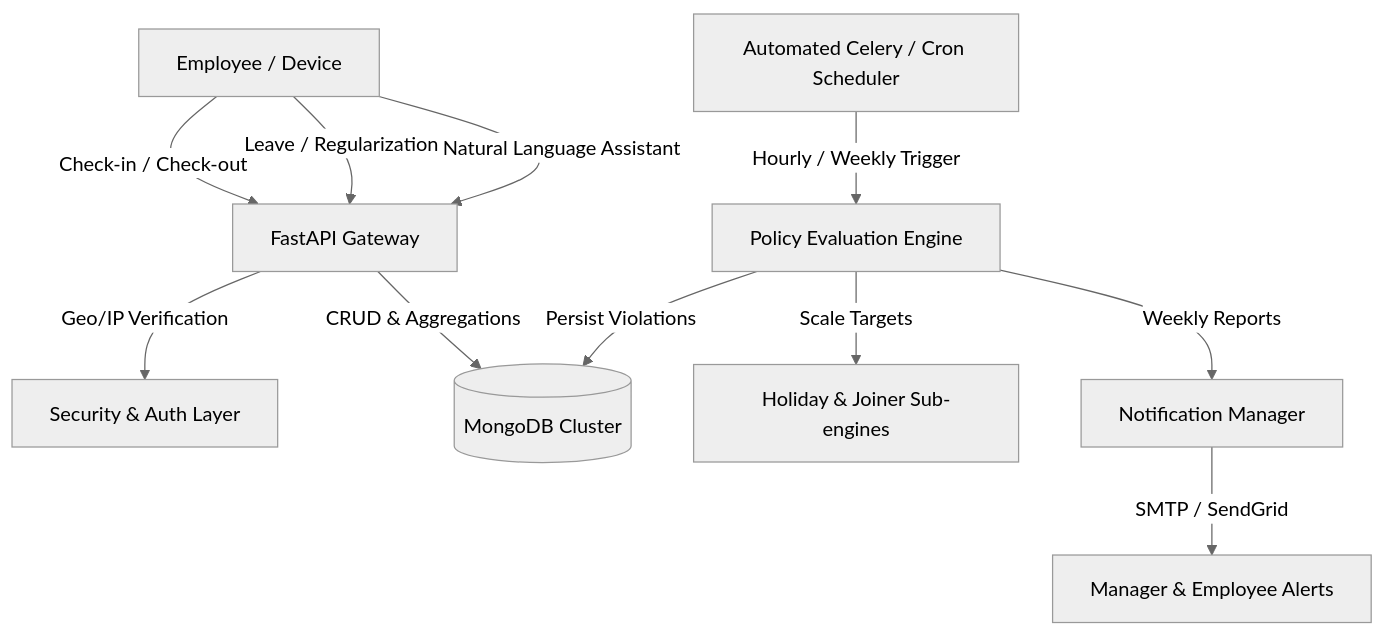
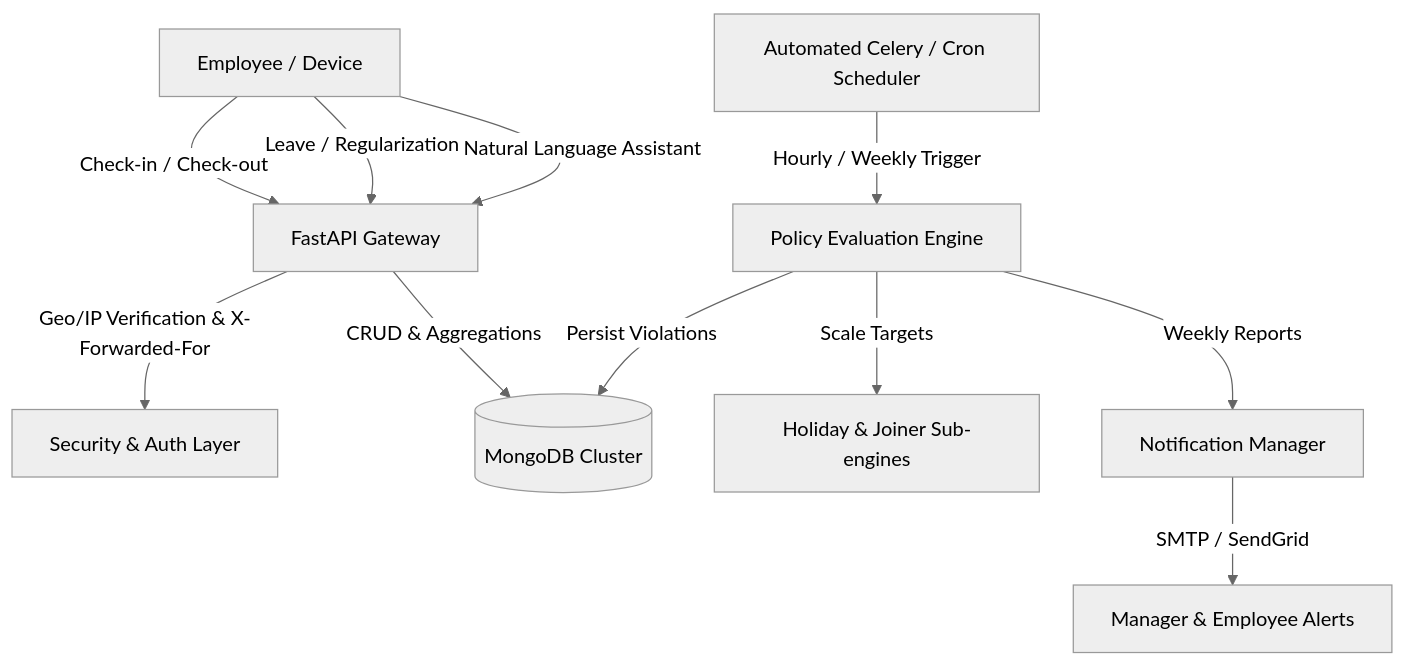
Before and after one commit to Venu5198/Attendance-Management-System.: the first of 8 diagrams in docs/CENTRAL_ATTENDANCE_SYSTEM_ARCHITECTURE.md, drawn with Mermaid (neutral theme). The commit also changed other lines of this file, not shown here.

Commit message:
docs: enrich architecture spec with bulk leaves, proxy headers, O(1) map, and lifecycle states

````diff
--- a/docs/CENTRAL_ATTENDANCE_SYSTEM_ARCHITECTURE.md
+++ b/docs/CENTRAL_ATTENDANCE_SYSTEM_ARCHITECTURE.md
@@ -17,13 +17,13 @@
 ```mermaid
 graph TD
     A[Employee / Device] -->|Check-in / Check-out| B[FastAPI Gateway]
     A -->|Leave / Regularization| B
     A -->|Natural Language Assistant| B
-    B -->|Geo/IP Verification| C[Security & Auth Layer]
+    B -->|Geo/IP Verification & X-Forwarded-For| C[Security & Auth Layer]
     B -->|CRUD & Aggregations| D[(MongoDB Cluster)]
     E[Automated Celery / Cron Scheduler] -->|Hourly / Weekly Trigger| F[Policy Evaluation Engine]
     F -->|Scale Targets| G[Holiday & Joiner Sub-engines]
     F -->|Persist Violations| D
     F -->|Weekly Reports| H[Notification Manager]
     H -->|SMTP / SendGrid| I[Manager & Employee Alerts]
 ```
````
